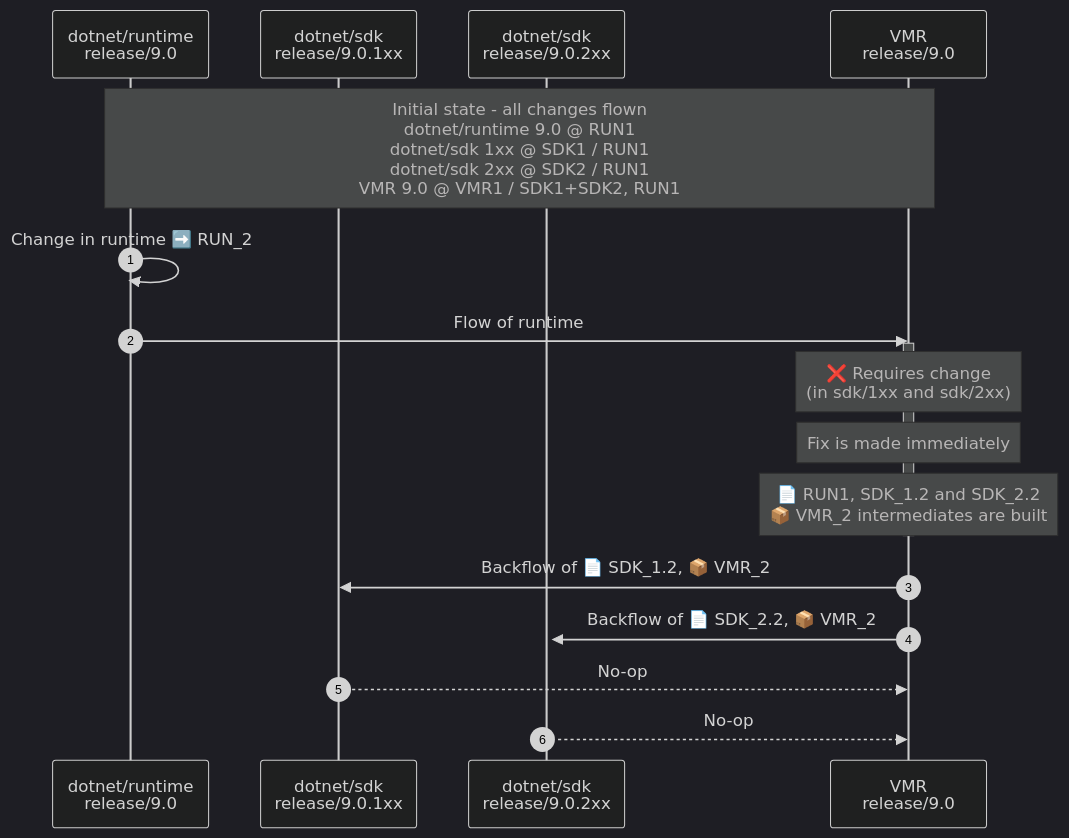
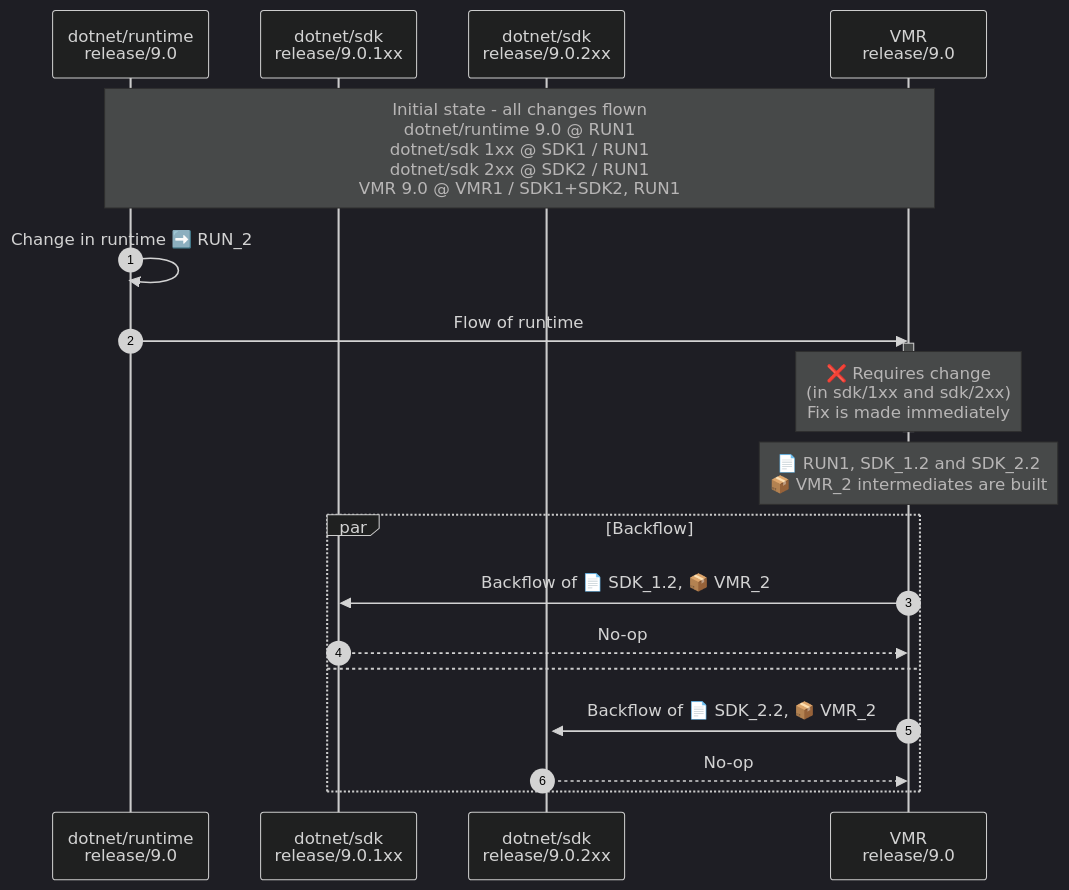
The eighth of 8 diagrams in Documentation/UnifiedBuild/VMR-Managing-SDK-Bands.md (dotnet/arcade), drawn with Mermaid (dark theme) before and after one commit. The commit also changed other lines of this file, not shown here.

````diff
--- a/Documentation/UnifiedBuild/VMR-Managing-SDK-Bands.md
+++ b/Documentation/UnifiedBuild/VMR-Managing-SDK-Bands.md
@@ -373,27 +379,29 @@
 ```mermaid
 sequenceDiagram
     autonumber
 
     participant runtime as dotnet/runtime<br />release/9.0
     participant SDK_1xx as dotnet/sdk<br />release/9.0.1xx
     participant SDK_2xx as dotnet/sdk<br />release/9.0.2xx
     participant VMR as VMR<br />release/9.0
 
     Note over runtime, VMR: Initial state - all changes flown<br />dotnet/runtime 9.0 @ RUN1<br />dotnet/sdk 1xx @ SDK1 / RUN1<br />dotnet/sdk 2xx @ SDK2 / RUN1<br />VMR 9.0 @ VMR1 / SDK1+SDK2, RUN1
 
     runtime->>runtime: Change in runtime ➡️ RUN_2
 
 
     activate SDK_2xx
     runtime->>VMR: Flow of runtime
     activate VMR
-    Note over VMR: ❌ Requires change<br />(in sdk/1xx and sdk/2xx)
-    Note over VMR: Fix is made immediately
+    Note over VMR: ❌ Requires change<br />(in sdk/1xx and sdk/2xx)<br />Fix is made immediately
+    deactivate VMR
     Note over VMR: 📄 RUN1, SDK_1.2 and SDK_2.2<br />📦 VMR_2 intermediates are built
-    deactivate VMR
 
-    VMR->>SDK_1xx: Backflow of 📄 SDK_1.2, 📦 VMR_2
-    VMR->>SDK_2xx: Backflow of 📄 SDK_2.2, 📦 VMR_2
-    SDK_1xx-->>VMR: No-op
-    SDK_2xx-->>VMR: No-op
+    par Backflow
+        VMR->>SDK_1xx: Backflow of 📄 SDK_1.2, 📦 VMR_2
+        SDK_1xx-->>VMR: No-op
+    and
+        VMR->>SDK_2xx: Backflow of 📄 SDK_2.2, 📦 VMR_2
+        SDK_2xx-->>VMR: No-op
+    end
 ```
````
